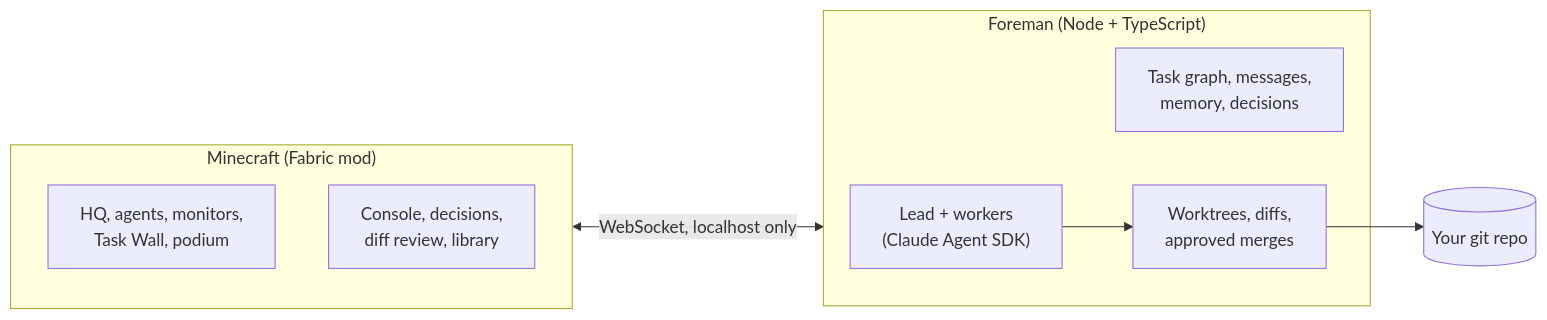
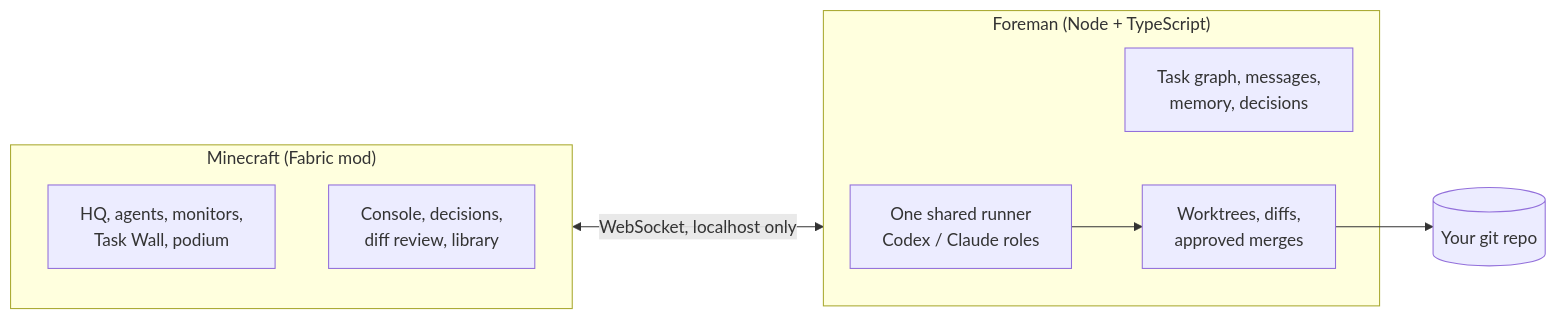
Before and after one commit to Matars/agentcraft: the diagram in README.md, drawn with Mermaid. The commit also changed other lines of this file and 84 other files, not shown here.

````diff
--- a/README.md
+++ b/README.md
@@ -255,15 +256,15 @@
 ```mermaid
 flowchart LR
     subgraph game ["Minecraft (Fabric mod)"]
         HQ["HQ, agents, monitors,<br/>Task Wall, podium"]
         UI["Console, decisions,<br/>diff review, library"]
     end
     subgraph foreman ["Foreman (Node + TypeScript)"]
-        Team["Lead + workers<br/>(Claude Agent SDK)"]
+        Team["One shared runner<br/>Codex / Claude roles"]
         State["Task graph, messages,<br/>memory, decisions"]
         Git["Worktrees, diffs,<br/>approved merges"]
     end
     Repo[("Your git repo")]
     game <-->|"WebSocket, localhost only"| foreman
     Team --> Git --> Repo
 ```
````
